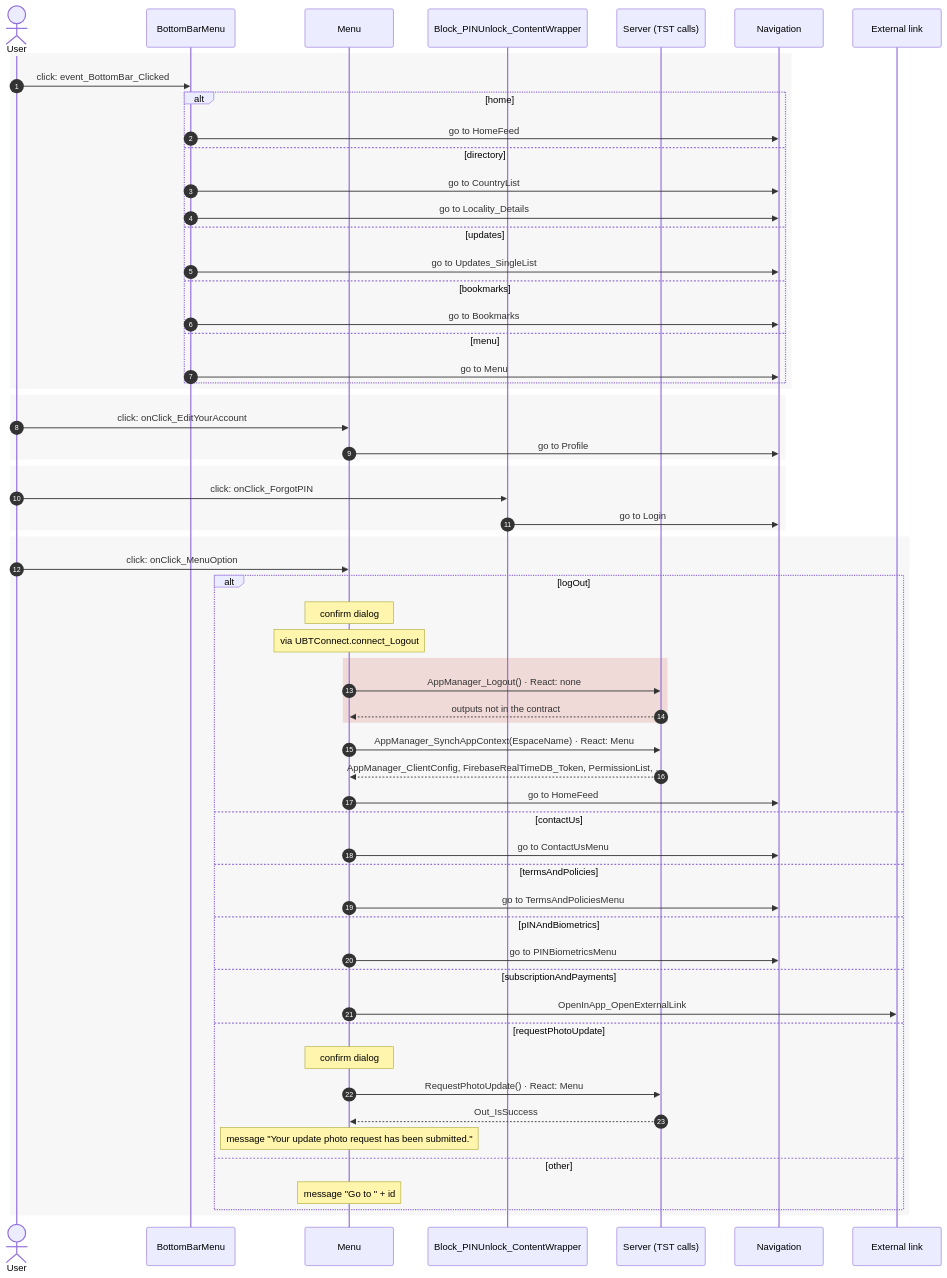
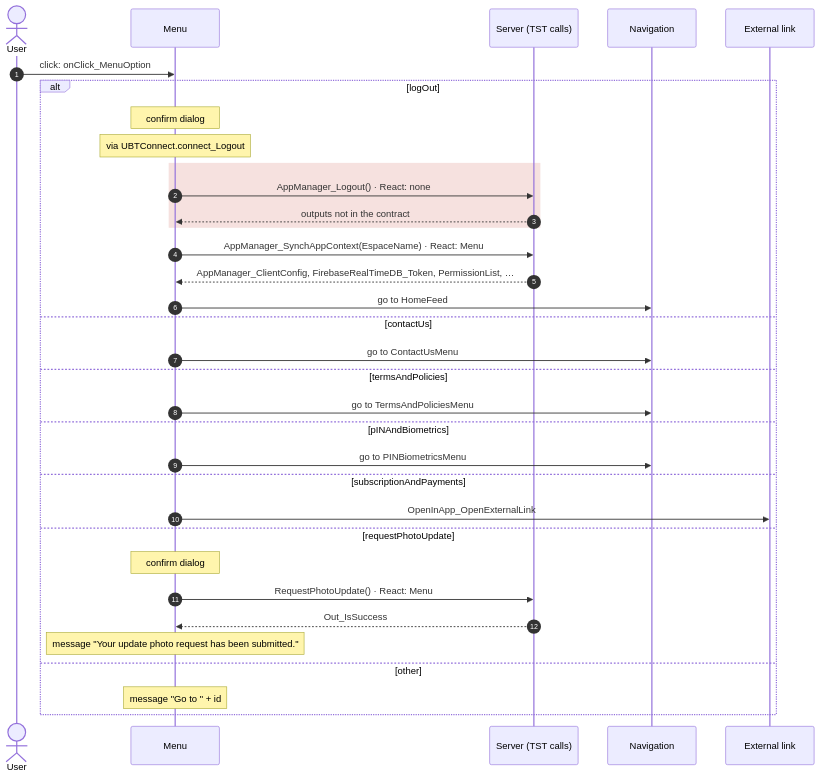
The sixth of 6 diagrams in migration/route-actions/Menu.md (Phoenix-DX/connect-new-ui), drawn with Mermaid before and after one commit. The commit also changed other lines of this file and 35 other files, not shown here.

Commit message:
route actions: section User actions with an index table and one sequence diagram per action; roots from block events and unbound screen actions, private action bodies, refresh queries; four routes re-run

````diff
--- a/migration/route-actions/Menu.md
+++ b/migration/route-actions/Menu.md
@@ -156,63 +250,36 @@
 ```mermaid
 sequenceDiagram
   autonumber
   actor U as User
-  participant p0 as BottomBarMenu
-  participant p1 as Menu
-  participant p2 as Block_PINUnlock_ContentWrapper
+  participant B as Menu
   participant S as Server (TST calls)
   participant N as Navigation
   participant X as External link
-  rect rgba(120, 120, 120, 0.06)
-  U->>p0: click: event_BottomBar_Clicked
-  alt home
-  p0->>N: go to HomeFeed
-  else directory
-  p0->>N: go to CountryList
-  p0->>N: go to Locality_Details
-  else updates
-  p0->>N: go to Updates_SingleList
-  else bookmarks
-  p0->>N: go to Bookmarks
-  else menu
-  p0->>N: go to Menu
+  U->>B: click: onClick_MenuOption
+  alt logOut
+  Note over B: confirm dialog
+  Note over B: via UBTConnect.connect_Logout
+  rect rgba(192, 57, 43, 0.15)
+  B->>S: AppManager_Logout() · React: none
+  S-->>B: outputs not in the contract
   end
-  end
-  rect rgba(120, 120, 120, 0.06)
-  U->>p1: click: onClick_EditYourAccount
-  p1->>N: go to Profile
-  end
-  rect rgba(120, 120, 120, 0.06)
-  U->>p2: click: onClick_ForgotPIN
-  p2->>N: go to Login
-  end
-  rect rgba(120, 120, 120, 0.06)
-  U->>p1: click: onClick_MenuOption
-  alt logOut
-  Note over p1: confirm dialog
-  Note over p1: via UBTConnect.connect_Logout
-  rect rgba(192, 57, 43, 0.15)
-  p1->>S: AppManager_Logout() · React: none
-  S-->>p1: outputs not in the contract
-  end
-  p1->>S: AppManager_SynchAppContext(EspaceName) · React: Menu
-  S-->>p1: AppManager_ClientConfig, FirebaseRealTimeDB_Token, PermissionList, …
-  p1->>N: go to HomeFeed
+  B->>S: AppManager_SynchAppContext(EspaceName) · React: Menu
+  S-->>B: AppManager_ClientConfig, FirebaseRealTimeDB_Token, PermissionList, …
+  B->>N: go to HomeFeed
   else contactUs
-  p1->>N: go to ContactUsMenu
+  B->>N: go to ContactUsMenu
   else termsAndPolicies
-  p1->>N: go to TermsAndPoliciesMenu
+  B->>N: go to TermsAndPoliciesMenu
   else pINAndBiometrics
-  p1->>N: go to PINBiometricsMenu
+  B->>N: go to PINBiometricsMenu
   else subscriptionAndPayments
-  p1->>X: OpenInApp_OpenExternalLink
+  B->>X: OpenInApp_OpenExternalLink
   else requestPhotoUpdate
-  Note over p1: confirm dialog
-  p1->>S: RequestPhotoUpdate() · React: Menu
-  S-->>p1: Out_IsSuccess
-  Note over p1: message "Your update photo request has been submitted."
+  Note over B: confirm dialog
+  B->>S: RequestPhotoUpdate() · React: Menu
+  S-->>B: Out_IsSuccess
+  Note over B: message "Your update photo request has been submitted."
   else other
-  Note over p1: message "Go to " + id
-  end
+  Note over B: message "Go to " + id
   end
 ```
````
